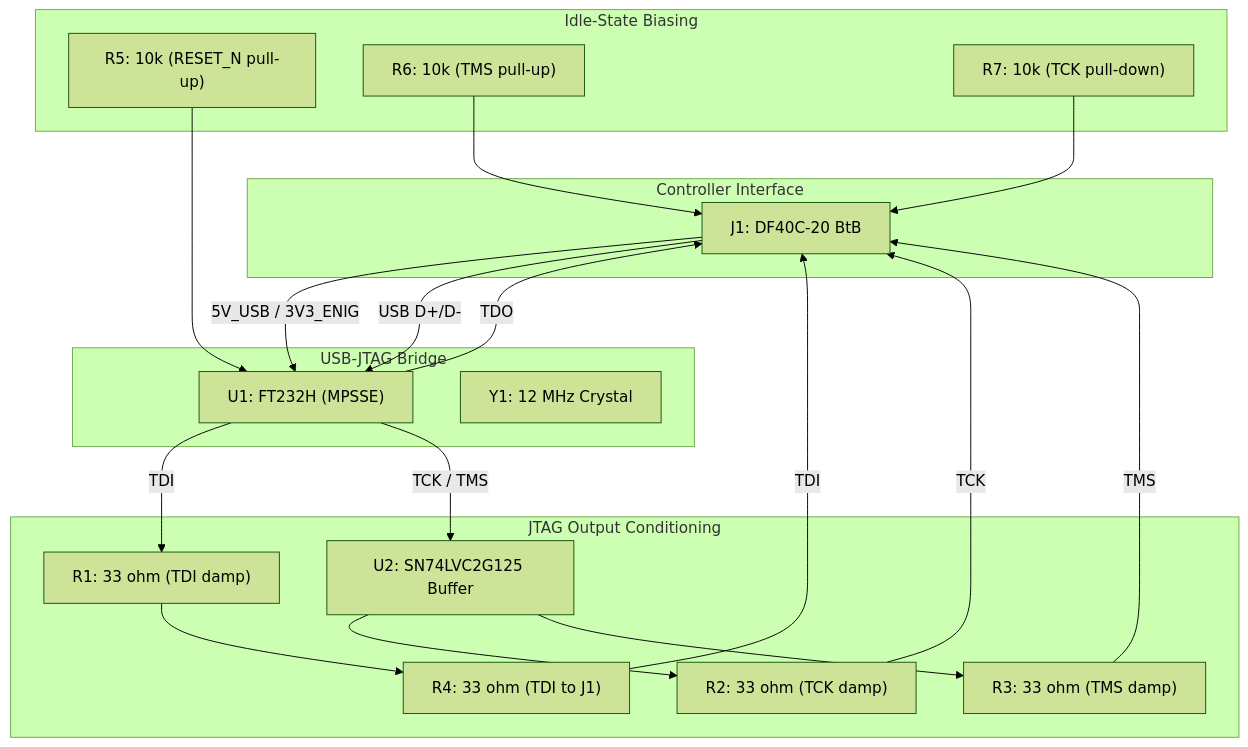
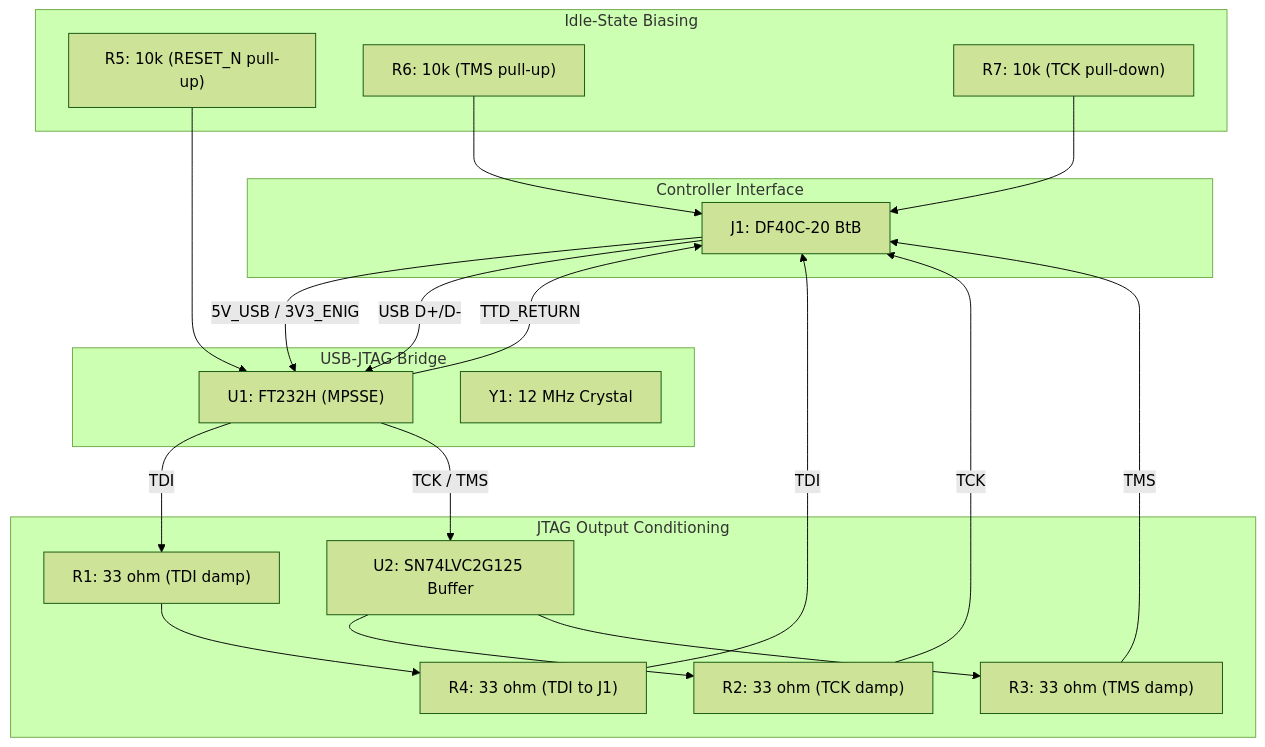
One commit to thepinkmile/Enigma-2026-AI changed the diagram in design/Electronics/JTAG_Module/Design_Spec.md. Above: the diagram before and after it, drawn with Mermaid (forest theme). The commit also changed other lines of this file and 25 other files, not shown here.

````diff
--- a/design/Electronics/JTAG_Module/Design_Spec.md
+++ b/design/Electronics/JTAG_Module/Design_Spec.md
@@ -51,40 +51,40 @@
 ```mermaid
 flowchart TD
   subgraph ctrlIface["Controller Interface"]
     J1["J1: DF40C-20 BtB"]
   end
 
   subgraph bridge["USB-JTAG Bridge"]
     U1["U1: FT232H (MPSSE)"]
     Y1["Y1: 12 MHz Crystal"]
   end
 
   subgraph cond["JTAG Output Conditioning"]
     U2["U2: SN74LVC2G125 Buffer"]
     R1["R1: 33 ohm (TDI damp)"]
     R2["R2: 33 ohm (TCK damp)"]
     R3["R3: 33 ohm (TMS damp)"]
     R4["R4: 33 ohm (TDI to J1)"]
   end
 
   subgraph bias["Idle-State Biasing"]
     R5["R5: 10k (RESET_N pull-up)"]
     R6["R6: 10k (TMS pull-up)"]
     R7["R7: 10k (TCK pull-down)"]
   end
 
   J1 -- "5V_USB / 3V3_ENIG" --> U1
   J1 -- "USB D+/D-" --> U1
-  U1 -- "TDO" --> J1
+  U1 -- "TTD_RETURN" --> J1
   U1 -- "TDI" --> R1
   R1 --> R4
   R4 -- "TDI" --> J1
   U1 -- "TCK / TMS" --> U2
   U2 --> R2
   U2 --> R3
   R2 -- "TCK" --> J1
   R3 -- "TMS" --> J1
   R5 --> U1
   R6 --> J1
   R7 --> J1
 ```
````
